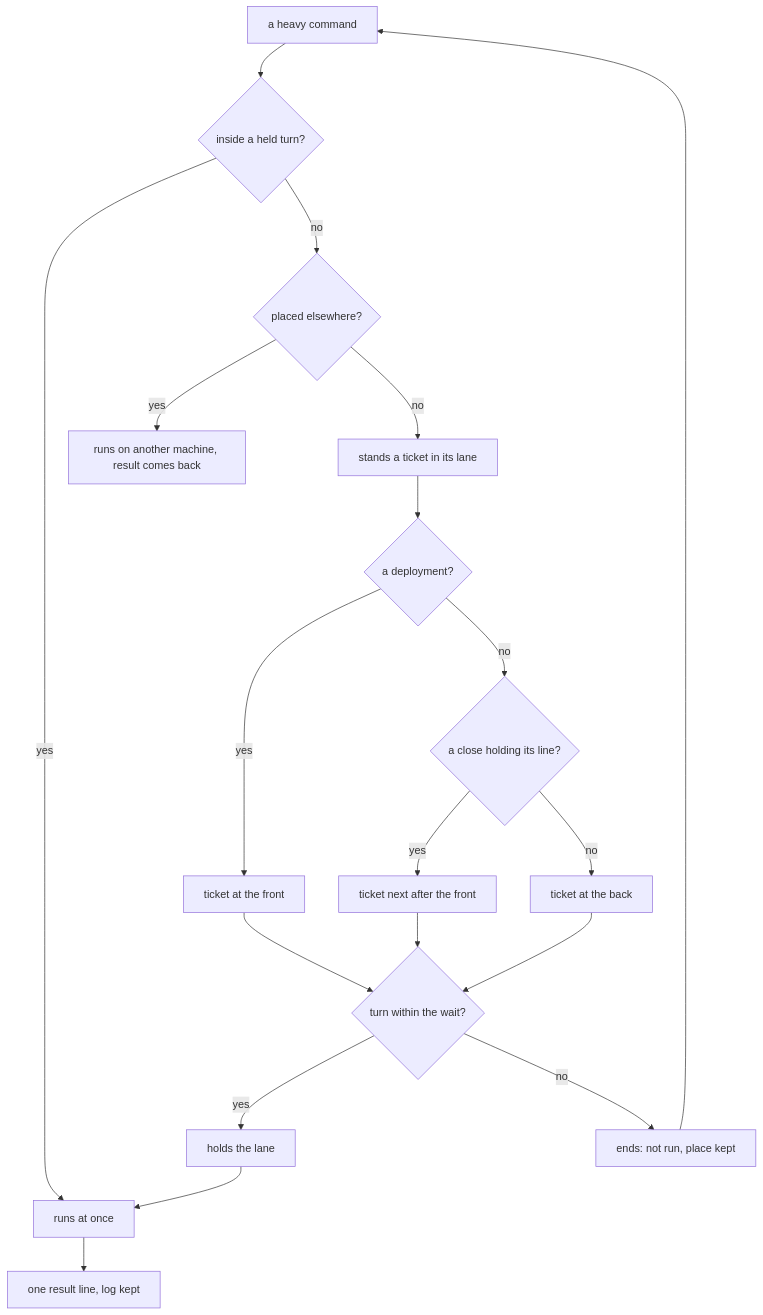
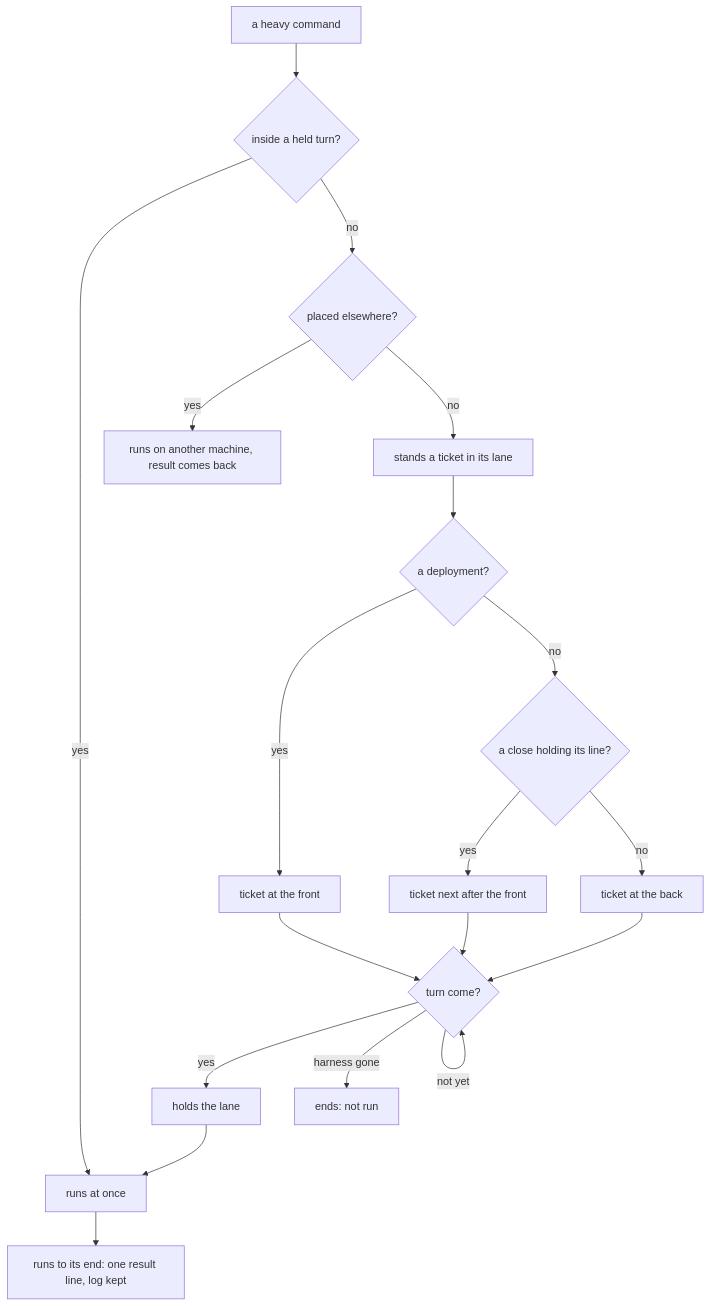
One commit to ahas/bmo-testbed changed the diagram in docs/testbed.md. Above: the diagram before and after it, drawn with Mermaid. The commit also changed other lines of this file and 85 other files, not shown here.

````diff
--- a/docs/testbed.md
+++ b/docs/testbed.md
@@ -23,21 +23,21 @@
 ```mermaid
 flowchart TD
   A[a heavy command] --> B{inside a held turn?}
   B -- yes --> R[runs at once]
   B -- no --> P{placed elsewhere?}
   P -- yes --> E[runs on another machine, result comes back]
   P -- no --> Q[stands a ticket in its lane]
   Q --> F{a deployment?}
   F -- yes --> FT[ticket at the front]
   F -- no --> N{a close holding its line?}
   N -- yes --> NT[ticket next after the front]
   N -- no --> OT[ticket at the back]
-  FT --> W{turn within the wait?}
+  FT --> W{turn come?}
   NT --> W
   OT --> W
   W -- yes --> H[holds the lane]
   H --> R
-  W -- no --> K[ends: not run, place kept]
-  K --> A
-  R --> V[one result line, log kept]
+  W -- harness gone --> K[ends: not run]
+  W -- not yet --> W
+  R --> V[runs to its end: one result line, log kept]
 ```
````
